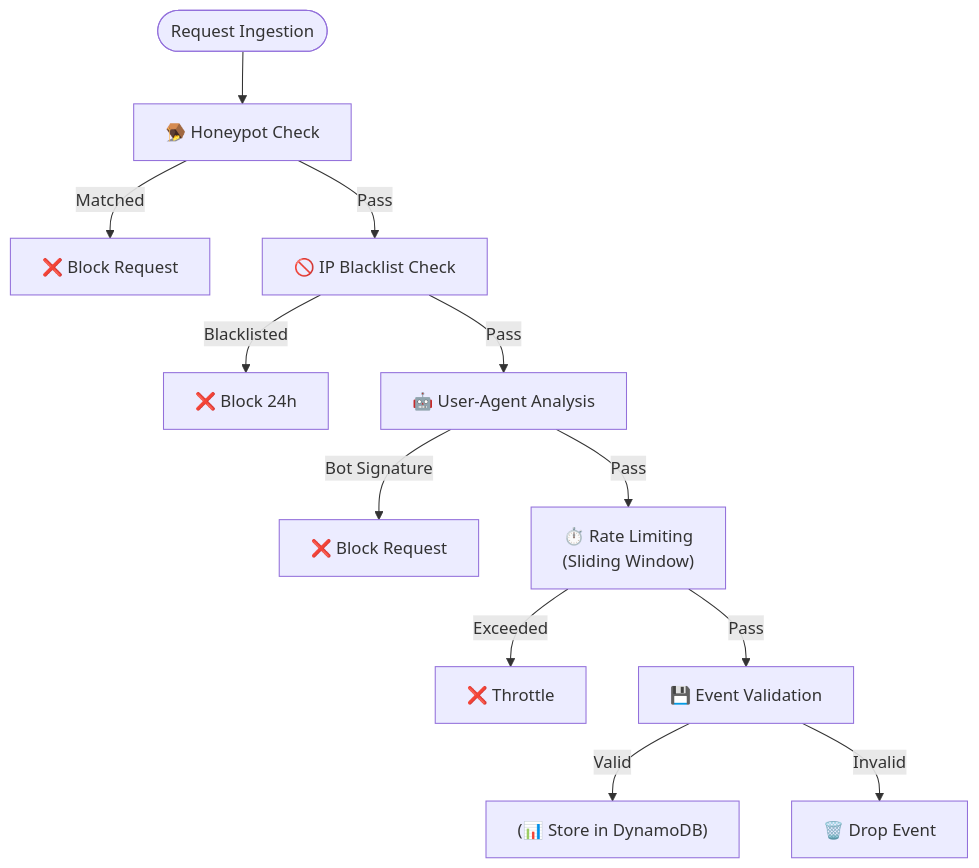
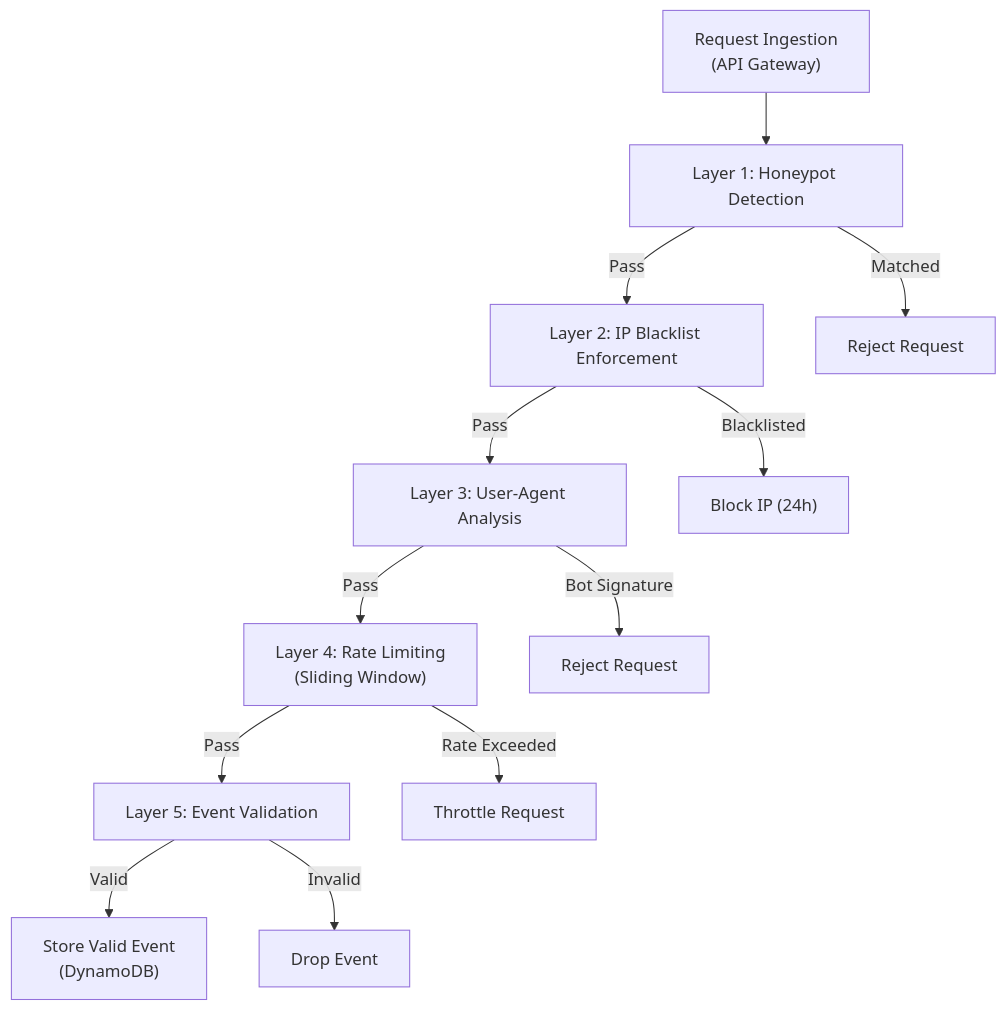
One commit to alliedsauce/The-Digital-Sieve-Optimizing-Infrastructure-Costs-via-Serverless-Bot-Defense changed the second of 2 diagrams in README.md. Above: the diagram before and after it, drawn with Mermaid. The commit also changed other lines of this file, not shown here.

````diff
--- a/README.md
+++ b/README.md
@@ -114,20 +283,35 @@
 ```mermaid
 flowchart TD
-    Start([Request Ingestion]) --> L1[🪤 Honeypot Check]
+    A["Request Ingestion<br/>(API Gateway)"]
 
-    L1 -->|Matched| Block1[❌ Block Request]
-    L1 -->|Pass| L2[🚫 IP Blacklist Check]
+    B["Layer 1: Honeypot Detection"]
+    C["Layer 2: IP Blacklist Enforcement"]
+    D["Layer 3: User-Agent Analysis"]
+    E["Layer 4: Rate Limiting<br/>(Sliding Window)"]
+    F["Layer 5: Event Validation"]
 
-    L2 -->|Blacklisted| Block2[❌ Block 24h]
-    L2 -->|Pass| L3[🤖 User-Agent Analysis]
+    X1["Reject Request"]
+    X2["Block IP (24h)"]
+    X3["Reject Request"]
+    X4["Throttle Request"]
+    Y1["Store Valid Event<br/>(DynamoDB)"]
+    Y2["Drop Event"]
 
-    L3 -->|Bot Signature| Block3[❌ Block Request]
-    L3 -->|Pass| L4["⏱️ Rate Limiting<br/>(Sliding Window)"]
+    A --> B
 
-    L4 -->|Exceeded| Block4[❌ Throttle]
-    L4 -->|Pass| L5[💾 Event Validation]
+    B -->|Matched| X1
+    B -->|Pass| C
 
-    L5 -->|Valid| Store["(📊 Store in DynamoDB)"]
-    L5 -->|Invalid| Drop[🗑️ Drop Event]
+    C -->|Blacklisted| X2
+    C -->|Pass| D
+
+    D -->|Bot Signature| X3
+    D -->|Pass| E
+
+    E -->|Rate Exceeded| X4
+    E -->|Pass| F
+
+    F -->|Valid| Y1
+    F -->|Invalid| Y2
 
 ```
````
